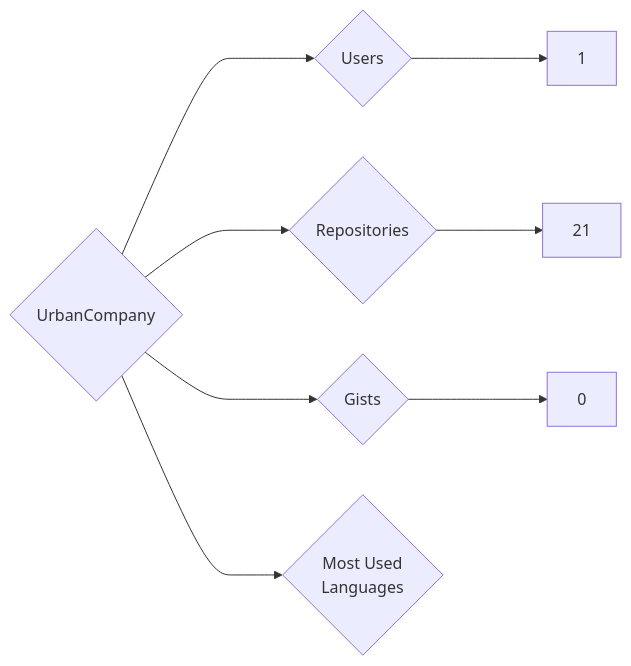
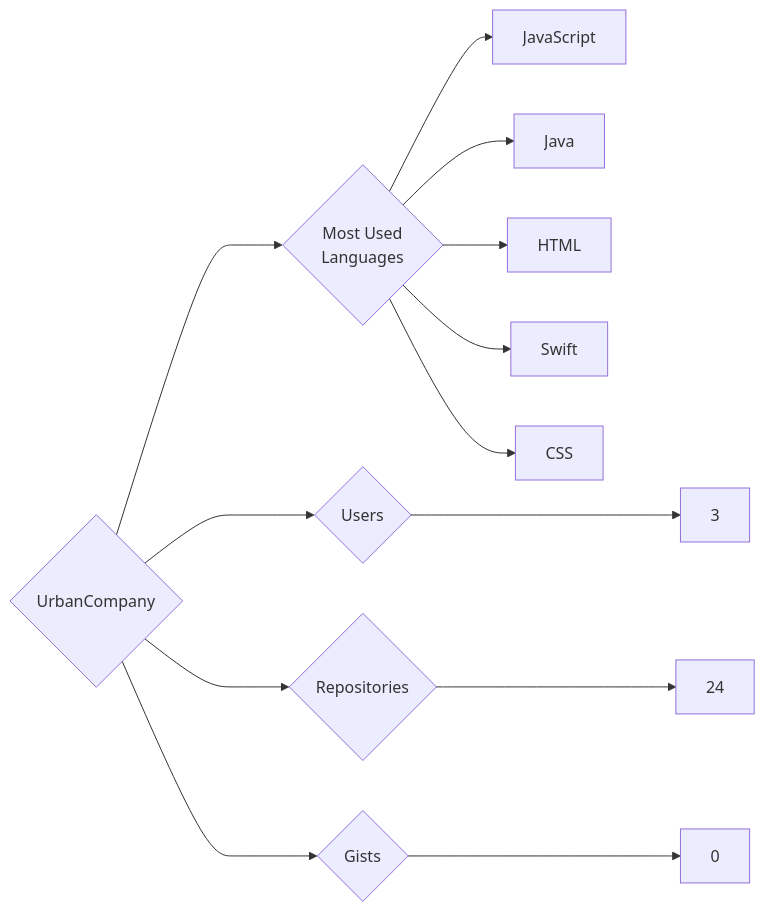
Before and after one commit to trickest/insiders: the diagram in targets/UrbanCompany/README.md, drawn with Mermaid. The commit also changed 534 other files, not shown here.

````diff
--- a/targets/UrbanCompany/README.md
+++ b/targets/UrbanCompany/README.md
@@ -3,8 +3,13 @@
 ```mermaid
 graph LR
 COMPANY_NAME{UrbanCompany}
-COMPANY_NAME ---> U{Users} ---> UN[1]
-COMPANY_NAME ---> R{Repositories} ---> RN[21]
+COMPANY_NAME ---> U{Users} ---> UN[3]
+COMPANY_NAME ---> R{Repositories} ---> RN[24]
 COMPANY_NAME ---> G{Gists} ---> GN[0]
 COMPANY_NAME ---> ML{Most Used<br>Languages}
+ML --> JavaScript[JavaScript]
+ML --> Java[Java]
+ML --> HTML[HTML]
+ML --> Swift[Swift]
+ML --> CSS[CSS]
 ```
````
